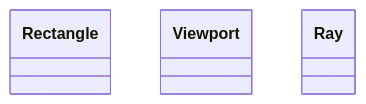
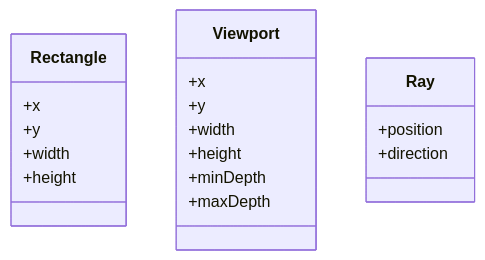
Before and after one commit to neogrammer/Wiki: the second of 2 diagrams in SimpleMath.md, drawn with Mermaid. The commit also changed other lines of this file, not shown here.

````diff
--- a/SimpleMath.md
+++ b/SimpleMath.md
@@ -41,6 +55,21 @@
 ```mermaid
 classDiagram
-class Rectangle
-class Viewport
-class Ray
+class Rectangle{
+    +x
+    +y
+    +width
+    +height
+}
+class Viewport{
+    +x
+    +y
+    +width
+    +height
+    +minDepth
+    +maxDepth
+}
+class Ray{
+    +position
+    +direction
+}
 ```
````
